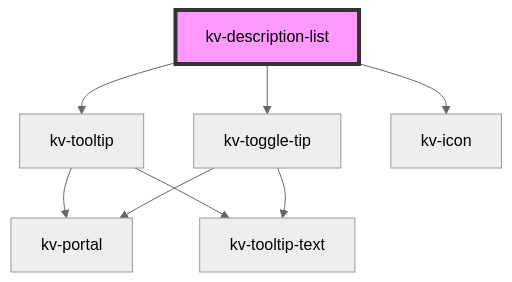
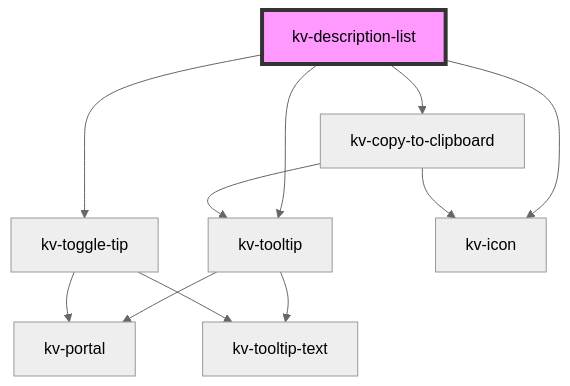
One commit to kelvininc/ui-components changed the diagram in packages/ui-components/src/components/description-list/readme.md. Above: the diagram before and after it, drawn with Mermaid (neutral theme). The commit also changed other lines of this file and 7 other files, not shown here.

Commit message:
feat(description-list): enable component to be more customizable

````diff
--- a/packages/ui-components/src/components/description-list/readme.md
+++ b/packages/ui-components/src/components/description-list/readme.md
@@ -108,11 +126,14 @@
 ```mermaid
 graph TD;
+  kv-description-list --> kv-copy-to-clipboard
   kv-description-list --> kv-tooltip
   kv-description-list --> kv-toggle-tip
   kv-description-list --> kv-icon
+  kv-copy-to-clipboard --> kv-tooltip
+  kv-copy-to-clipboard --> kv-icon
   kv-tooltip --> kv-portal
   kv-tooltip --> kv-tooltip-text
   kv-toggle-tip --> kv-portal
   kv-toggle-tip --> kv-tooltip-text
   style kv-description-list fill:#f9f,stroke:#333,stroke-width:4px
 ```
````
